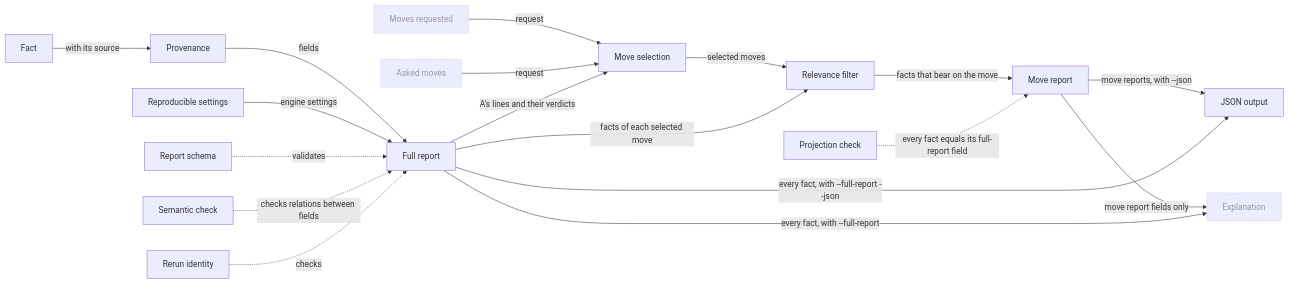
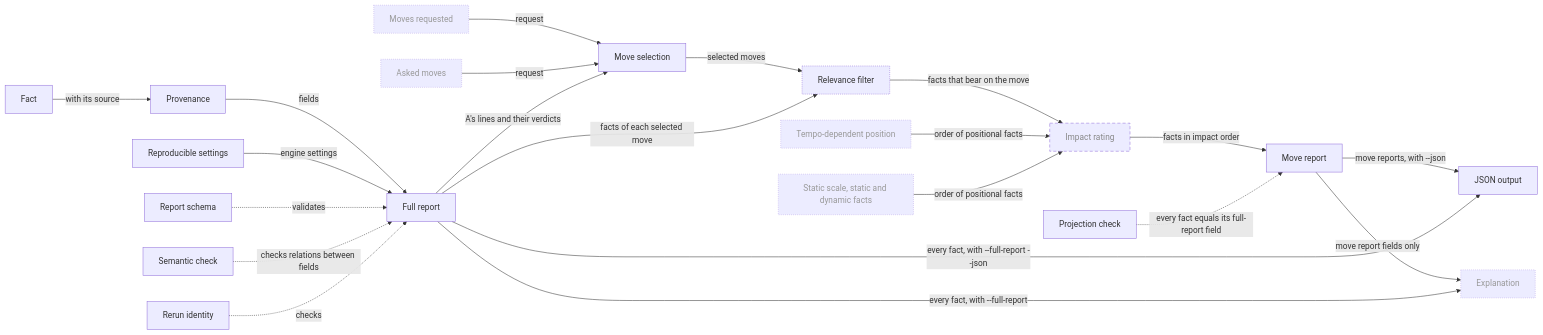
One commit to aurja/ChessWhy changed diagram 11 of 25 in Planning/DBC/CONCEPTS.md. Above: the diagram before and after it, drawn with Mermaid. The commit also changed other lines of this file and 3 other files, not shown here.

````diff
--- a/Planning/DBC/CONCEPTS.md
+++ b/Planning/DBC/CONCEPTS.md
@@ -453,38 +548,45 @@
 ```mermaid
 flowchart LR
     Fact["Fact"]
     Provenance["Provenance"]
     Reproducible["Reproducible settings"]
     ReportDocument["Full report"]
     ReportSchema["Report schema"]
     SemanticCheck["Semantic check"]
     RerunIdentity["Rerun identity"]
     JsonOutput["JSON output"]
     MoveSelection["Move selection"]
     RelevanceFilter["Relevance filter"]
+    ImpactRating["Impact rating"]
     MoveReport["Move report"]
     ProjectionCheck["Projection check"]
     MoveRequest["Moves requested"]
     AskedMove["Asked moves"]
     Explanation["Explanation"]
+    TempoLabel["Tempo-dependent position"]
+    StaticScale["Static scale, static and dynamic facts"]
     Fact -->|with its source| Provenance
     Provenance -->|fields| ReportDocument
     Reproducible -->|engine settings| ReportDocument
     ReportSchema -.->|validates| ReportDocument
     SemanticCheck -.->|checks relations between fields| ReportDocument
     RerunIdentity -.->|checks| ReportDocument
     MoveRequest & AskedMove -->|request| MoveSelection
     ReportDocument -->|A's lines and their verdicts| MoveSelection
     MoveSelection -->|selected moves| RelevanceFilter
     ReportDocument -->|facts of each selected move| RelevanceFilter
-    RelevanceFilter -->|facts that bear on the move| MoveReport
+    RelevanceFilter -->|facts that bear on the move| ImpactRating
+    TempoLabel & StaticScale -->|order of positional facts| ImpactRating
+    ImpactRating -->|facts in impact order| MoveReport
     ProjectionCheck -.->|every fact equals its full-report field| MoveReport
     MoveReport -->|move reports, with --json| JsonOutput
     ReportDocument -->|every fact, with --full-report --json| JsonOutput
     MoveReport -->|move report fields only| Explanation
     ReportDocument -->|every fact, with --full-report| Explanation
     classDef planned stroke-dasharray:6 4,color:#888
     classDef partial stroke-dasharray:2 2
     classDef external stroke-dasharray:1 3,color:#999
-    class Explanation,MoveRequest,AskedMove external
+    class Explanation,MoveRequest,AskedMove,TempoLabel,StaticScale external
+    class ImpactRating planned
+    class RelevanceFilter partial
 ```
````
